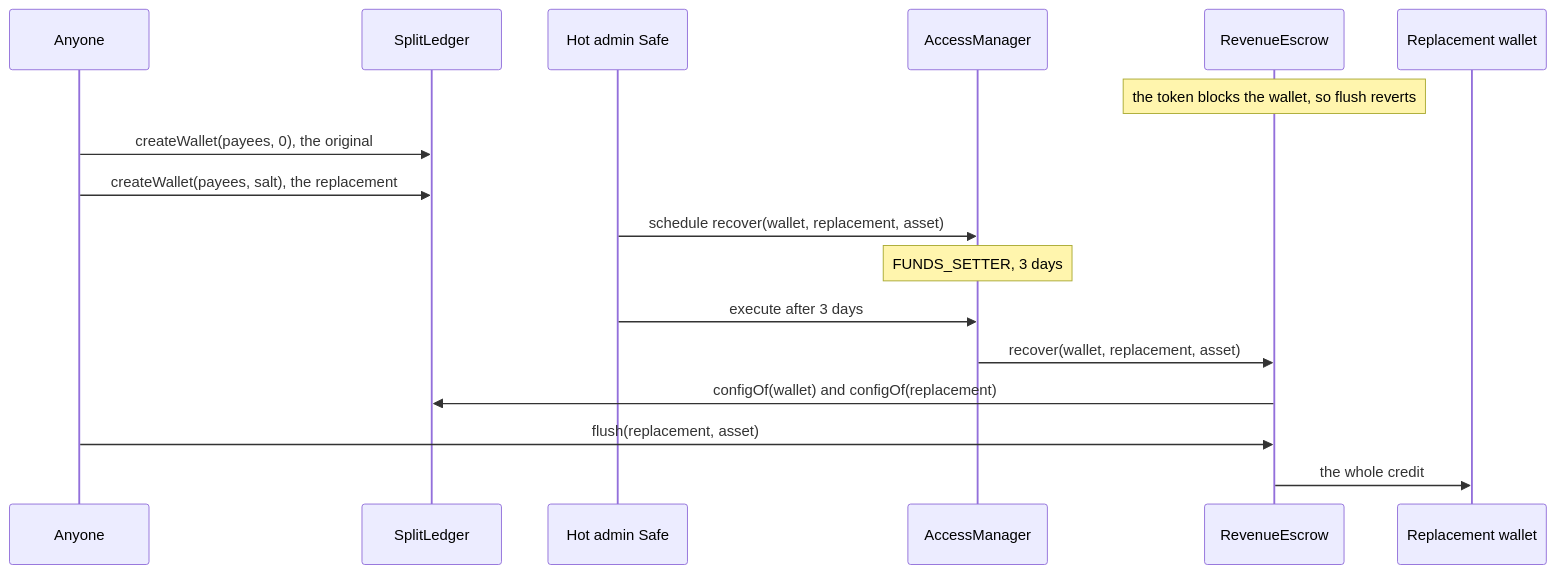
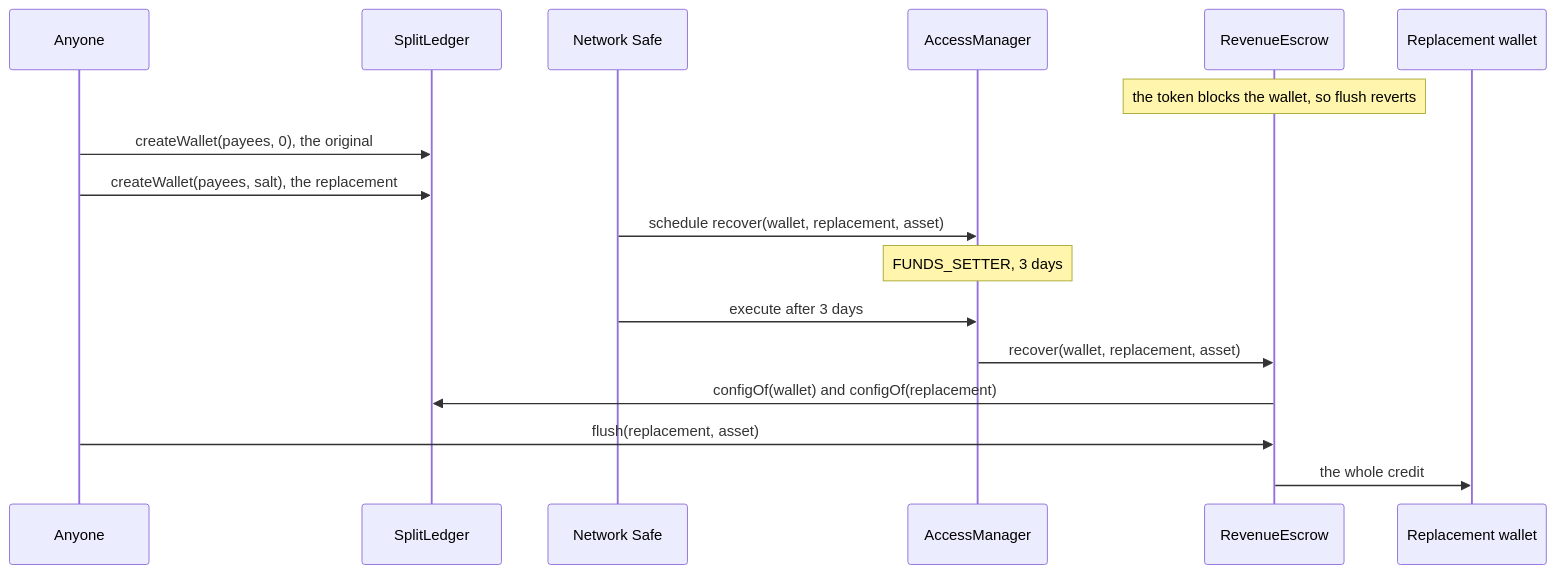
The seventh of 8 diagrams in docs/spec/economics-and-payouts.md (6529-Collections/6529-works), drawn with Mermaid before and after one commit. The commit also changed other lines of this file and 11 other files, not shown here.

````diff
--- a/docs/spec/economics-and-payouts.md
+++ b/docs/spec/economics-and-payouts.md
@@ -572,19 +572,19 @@
 ```mermaid
 sequenceDiagram
     participant Anyone as Anyone
     participant Ledger as SplitLedger
-    participant Admin as Hot admin Safe
+    participant Admin as Network Safe
     participant Manager as AccessManager
     participant Escrow as RevenueEscrow
     participant New as Replacement wallet
     Note over Escrow: the token blocks the wallet, so flush reverts
     Anyone->>Ledger: createWallet(payees, 0), the original
     Anyone->>Ledger: createWallet(payees, salt), the replacement
     Admin->>Manager: schedule recover(wallet, replacement, asset)
     Note over Manager: FUNDS_SETTER, 3 days
     Admin->>Manager: execute after 3 days
     Manager->>Escrow: recover(wallet, replacement, asset)
     Escrow->>Ledger: configOf(wallet) and configOf(replacement)
     Anyone->>Escrow: flush(replacement, asset)
     Escrow->>New: the whole credit
 ```
````
